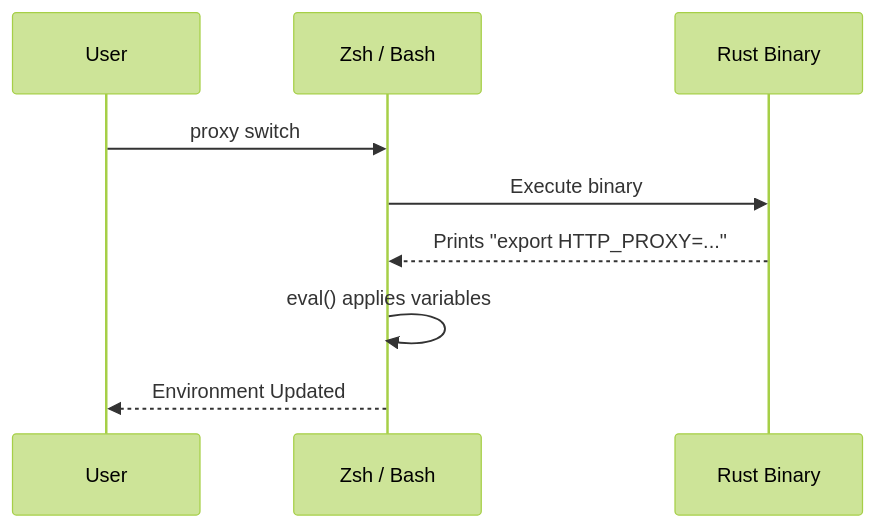
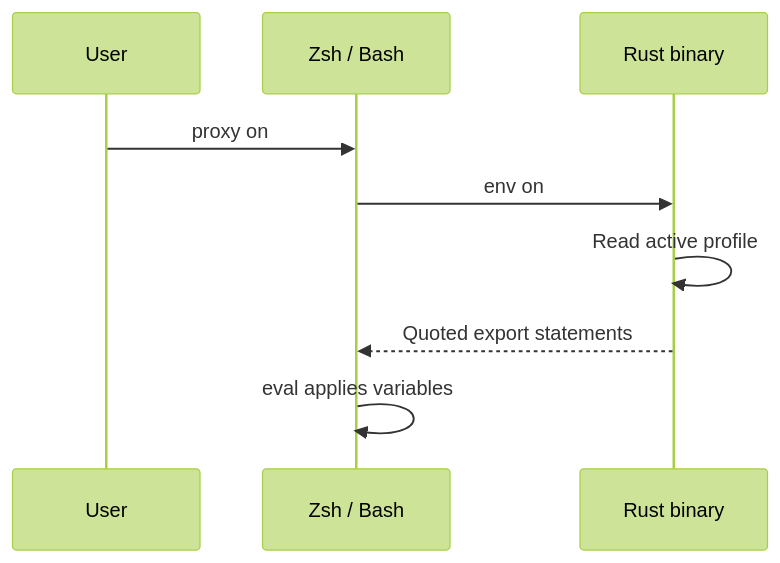
The first of 2 diagrams in docs/SHELL_INTEGRATION.md (LebedevKondakovSergeyVach/Terminal-Session-Proxy-Manager), drawn with Mermaid (forest theme) before and after one commit. The commit also changed other lines of this file and 9 other files, not shown here.

Commit message:
docs: explain proxy environment flow with bilingual diagrams

````diff
--- a/docs/SHELL_INTEGRATION.md
+++ b/docs/SHELL_INTEGRATION.md
@@ -43,12 +45,13 @@
 ```mermaid
 sequenceDiagram
+    accTitle: How proxy on updates the current shell
+    accDescr: The user runs proxy on through the shell function. It calls env on in the Rust binary, which reads the active profile and returns quoted export statements. The shell evaluates them to update its own environment.
     participant User
     participant Shell as Zsh / Bash
-    participant Proxy as Rust Binary
-    
-    User->>Shell: proxy switch
-    Shell->>Proxy: Execute binary
-    Proxy-->>Shell: Prints "export HTTP_PROXY=..."
-    Shell->>Shell: eval() applies variables
-    Shell-->>User: Environment Updated
+    participant Binary as Rust binary
+    User->>Shell: proxy on
+    Shell->>Binary: env on
+    Binary->>Binary: Read active profile
+    Binary-->>Shell: Quoted export statements
+    Shell->>Shell: eval applies variables
 ```
````
